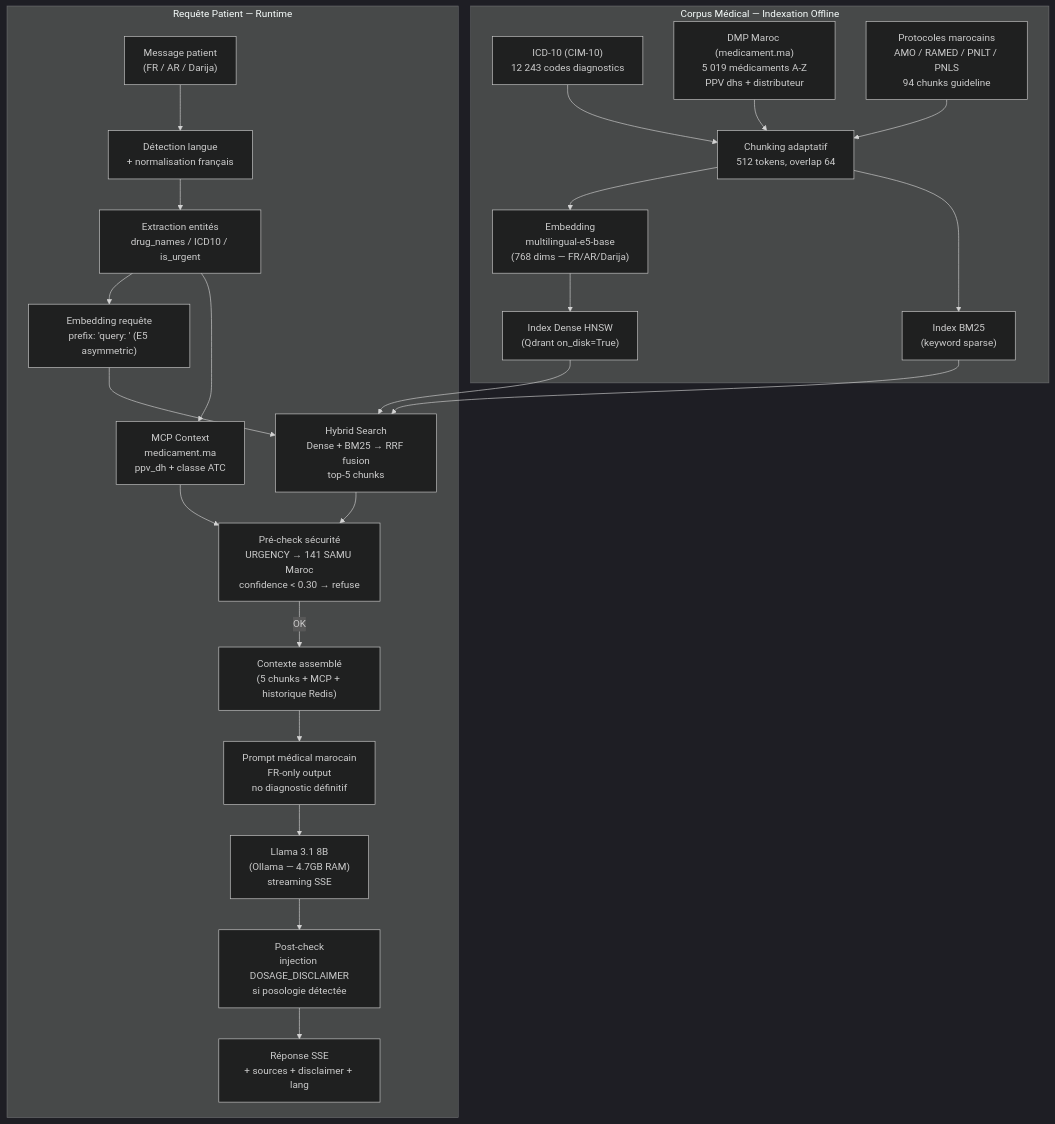
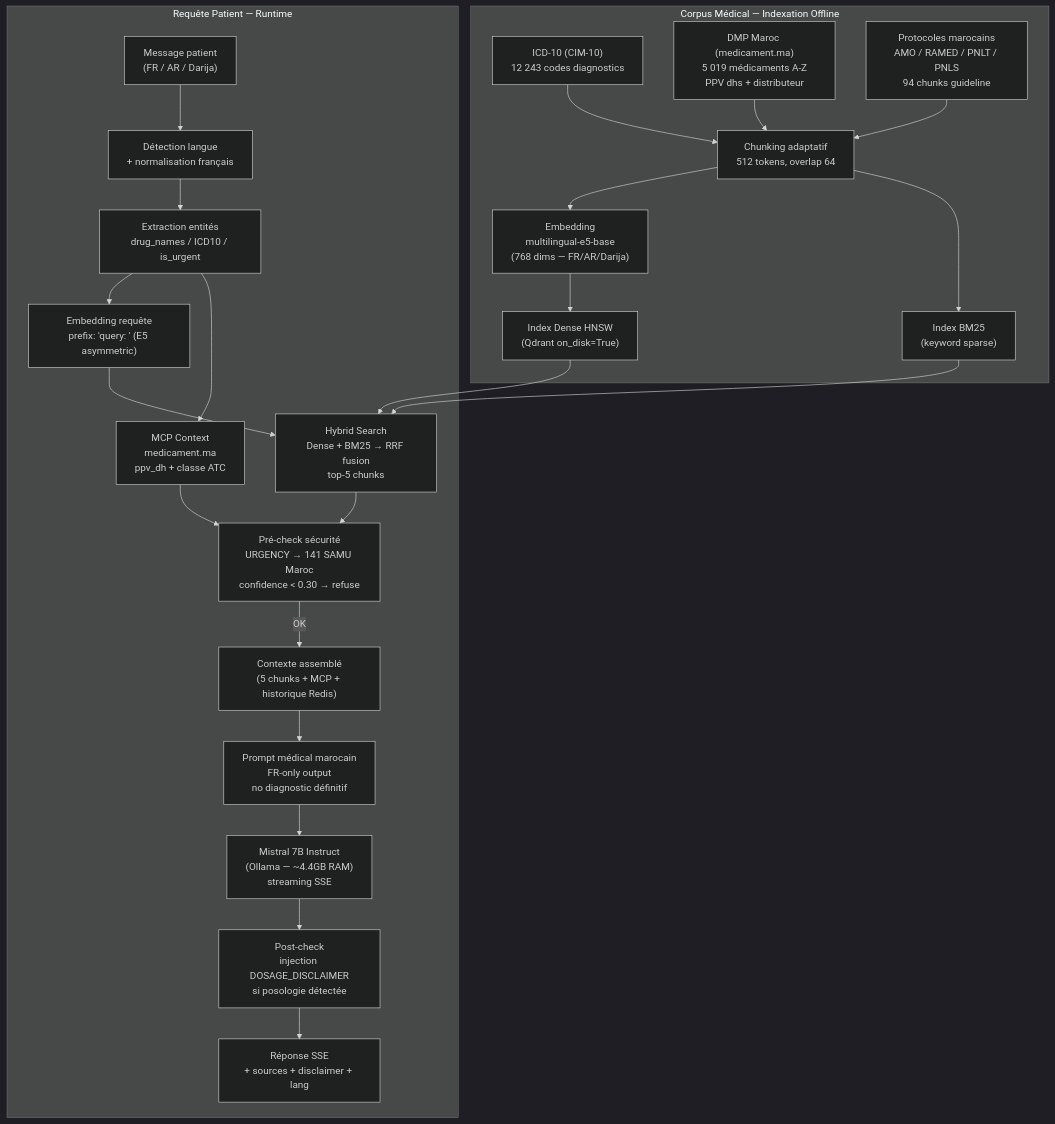
Diagram 27 of 32 in docs/DIAGRAMMES.md (Boussyf0/MediSense-AI), drawn with Mermaid (dark theme) before and after one commit. The commit also changed other lines of this file and 17 other files, not shown here.

````diff
--- a/docs/DIAGRAMMES.md
+++ b/docs/DIAGRAMMES.md
@@ -1172,39 +1172,39 @@
 ```mermaid
 flowchart TB
     subgraph CORPUS["Corpus Médical — Indexation Offline"]
         D1["ICD-10 (CIM-10)<br/>12 243 codes diagnostics"]
         D2["DMP Maroc (medicament.ma)<br/>5 019 médicaments A-Z<br/>PPV dhs + distributeur"]
         D3["Protocoles marocains<br/>AMO / RAMED / PNLT / PNLS<br/>94 chunks guideline"]
         CHUNK["Chunking adaptatif<br/>512 tokens, overlap 64"]
         EMBED["Embedding<br/>multilingual-e5-base<br/>(768 dims — FR/AR/Darija)"]
         BM25_I["Index BM25<br/>(keyword sparse)"]
         DENSE_I["Index Dense HNSW<br/>(Qdrant on_disk=True)"]
     end
 
     subgraph QUERY["Requête Patient — Runtime"]
         MSG["Message patient<br/>(FR / AR / Darija)"]
         LANGDET["Détection langue<br/>+ normalisation français"]
         ENTITY["Extraction entités<br/>drug_names / ICD10 / is_urgent"]
         QEMBED["Embedding requête<br/>prefix: 'query: ' (E5 asymmetric)"]
         HYBRIDS["Hybrid Search<br/>Dense + BM25 → RRF fusion<br/>top-5 chunks"]
         MCPCTX["MCP Context<br/>medicament.ma<br/>ppv_dh + classe ATC"]
         SAFETY_PRE["Pré-check sécurité<br/>URGENCY → 141 SAMU Maroc<br/>confidence < 0.30 → refuse"]
         CONTEXT["Contexte assemblé<br/>(5 chunks + MCP + historique Redis)"]
         PROMPT["Prompt médical marocain<br/>FR-only output<br/>no diagnostic définitif"]
-        LLAMA_M["Llama 3.1 8B<br/>(Ollama — 4.7GB RAM)<br/>streaming SSE"]
+        LLAMA_M["Mistral 7B Instruct<br/>(Ollama — ~4.4GB RAM)<br/>streaming SSE"]
         SAFETY_POST["Post-check<br/>injection DOSAGE_DISCLAIMER<br/>si posologie détectée"]
         RESPONSE["Réponse SSE<br/>+ sources + disclaimer + lang"]
     end
 
     D1 & D2 & D3 --> CHUNK --> EMBED
     EMBED --> DENSE_I
     CHUNK --> BM25_I
 
     MSG --> LANGDET --> ENTITY --> QEMBED
     QEMBED --> HYBRIDS
     DENSE_I & BM25_I --> HYBRIDS
     ENTITY --> MCPCTX
     HYBRIDS & MCPCTX --> SAFETY_PRE
     SAFETY_PRE -->|"OK"| CONTEXT
     CONTEXT --> PROMPT --> LLAMA_M --> SAFETY_POST --> RESPONSE
 ```
````
